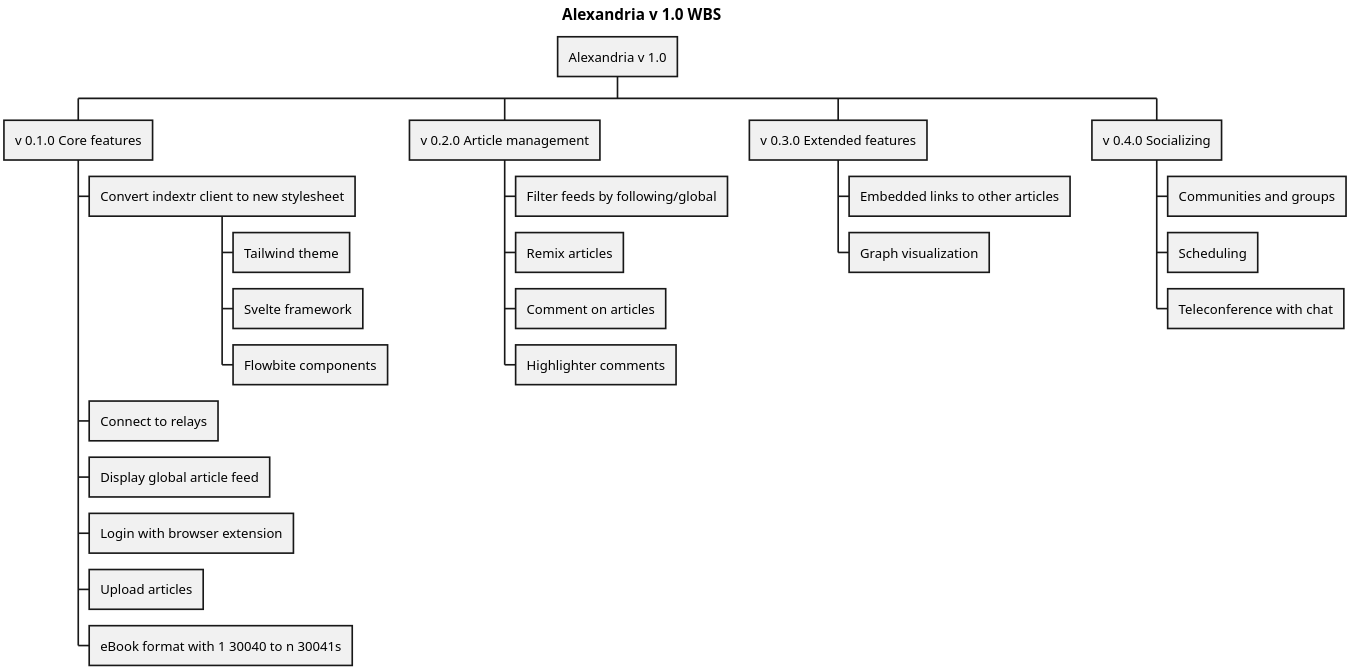
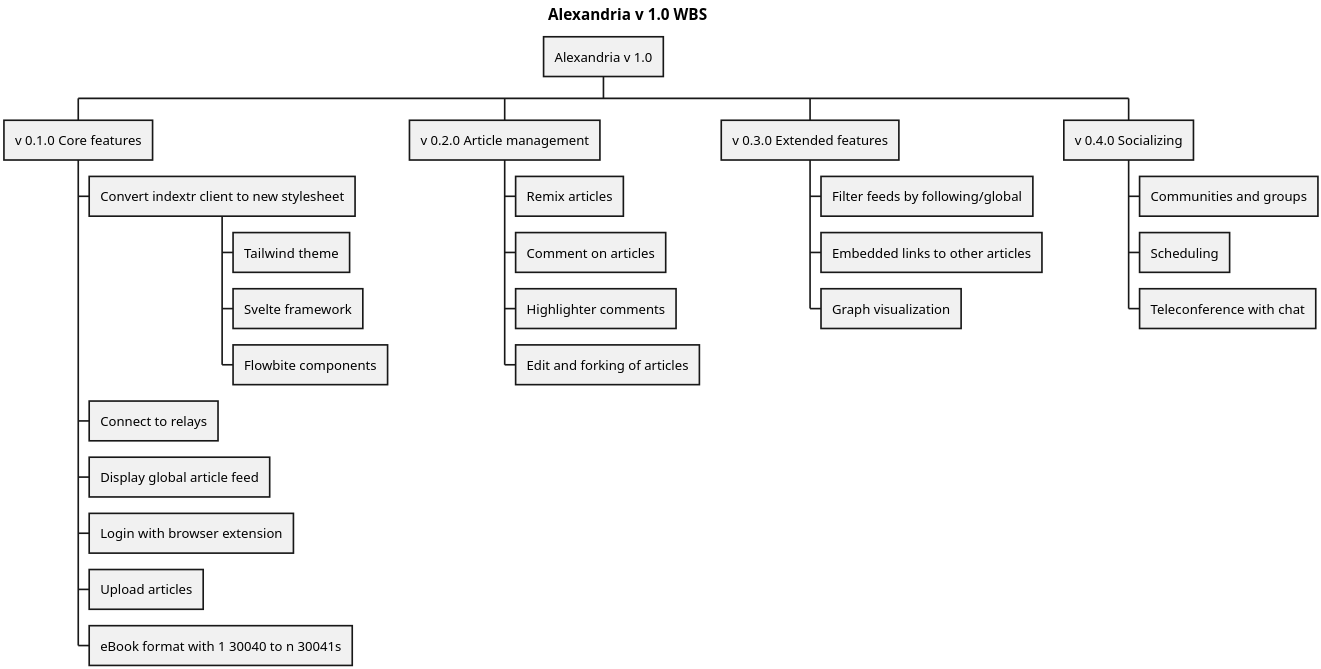
Before and after one commit to ShadowySupercode/gitcitadel: the diagram in plantUML/Alexandria/Alexandria_v1.0_WBS.puml, drawn with PlantUML. The commit also changed 1 other file, not shown here.

Commit message:
Added forking and editing of events.

```diff
--- a/plantUML/Alexandria/Alexandria_v1.0_WBS.puml
+++ b/plantUML/Alexandria/Alexandria_v1.0_WBS.puml
@@ -1,30 +1,31 @@
 @startwbs Alexandria_v1.0_WBS
 
 skinparam dpi 300
 title Alexandria v 1.0 WBS
 
 * Alexandria v 1.0
 ** v 0.1.0 Core features
 *** Convert indextr client to new stylesheet
 **** Tailwind theme
 **** Svelte framework
 **** Flowbite components
 *** Connect to relays
 *** Display global article feed
 *** Login with browser extension
 *** Upload articles
 *** eBook format with 1 30040 to n 30041s
 ** v 0.2.0 Article management
-*** Filter feeds by following/global
 *** Remix articles
 *** Comment on articles
 *** Highlighter comments
+*** Edit and forking of articles
 ** v 0.3.0 Extended features
+*** Filter feeds by following/global
 *** Embedded links to other articles
 *** Graph visualization
 ** v 0.4.0 Socializing
 *** Communities and groups
 *** Scheduling
 *** Teleconference with chat
 
 @endwbs
```
